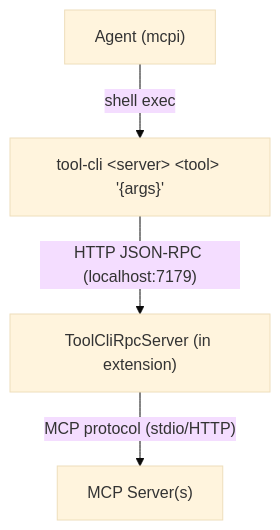
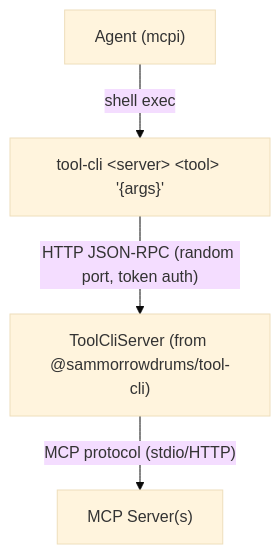
Before and after one commit to SamMorrowDrums/mcpi-ext: the diagram in docs/tool-cli.md, drawn with Mermaid (base theme). The commit also changed other lines of this file and 12 other files, not shown here.

First line of the commit message:
Sammorrowdrums/add tool cli install (#32)

````diff
--- a/docs/tool-cli.md
+++ b/docs/tool-cli.md
@@ -7,6 +7,6 @@
 ```mermaid
 flowchart TD
     A["Agent (mcpi)"] -->|shell exec| B["tool-cli &lt;server&gt; &lt;tool&gt; '{args}'"]
-    B -->|"HTTP JSON-RPC (localhost:7179)"| C["ToolCliRpcServer (in extension)"]
+    B -->|"HTTP JSON-RPC (random port, token auth)"| C["ToolCliServer (from @sammorrowdrums/tool-cli)"]
     C -->|"MCP protocol (stdio/HTTP)"| D["MCP Server(s)"]
 ```
````
